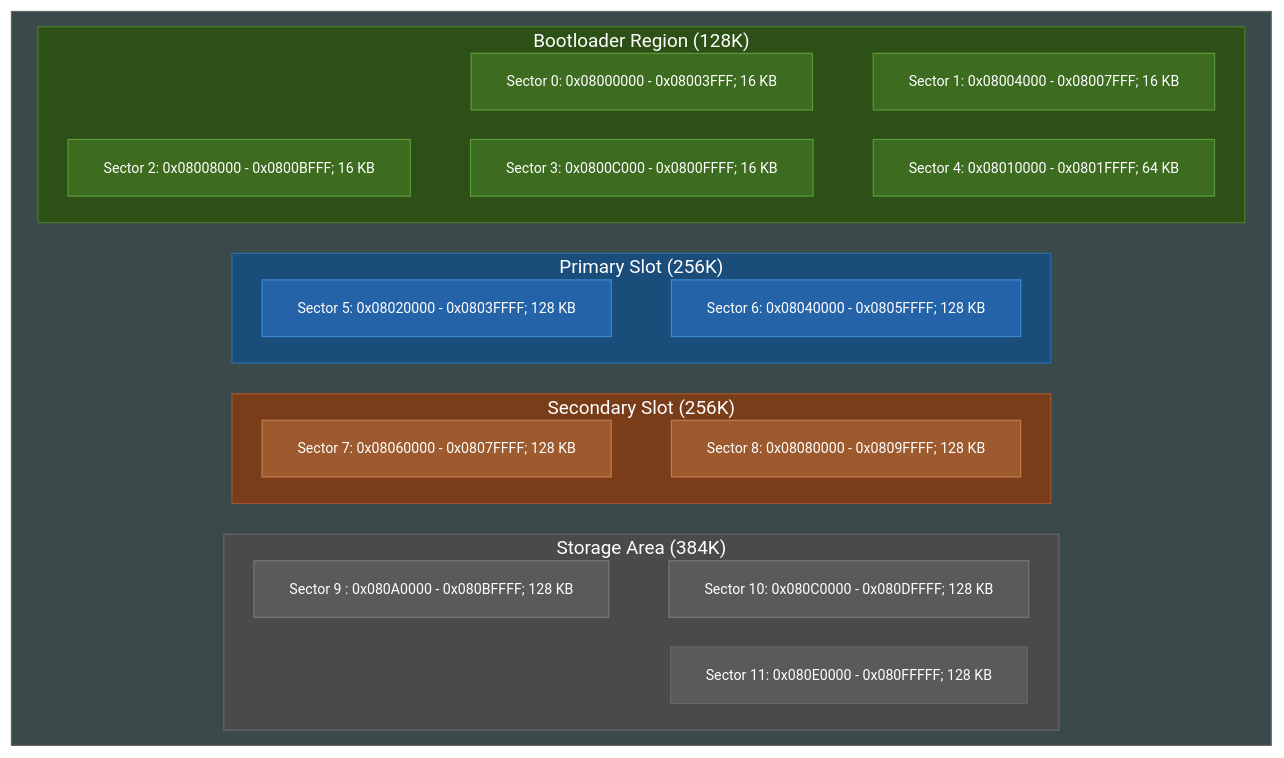
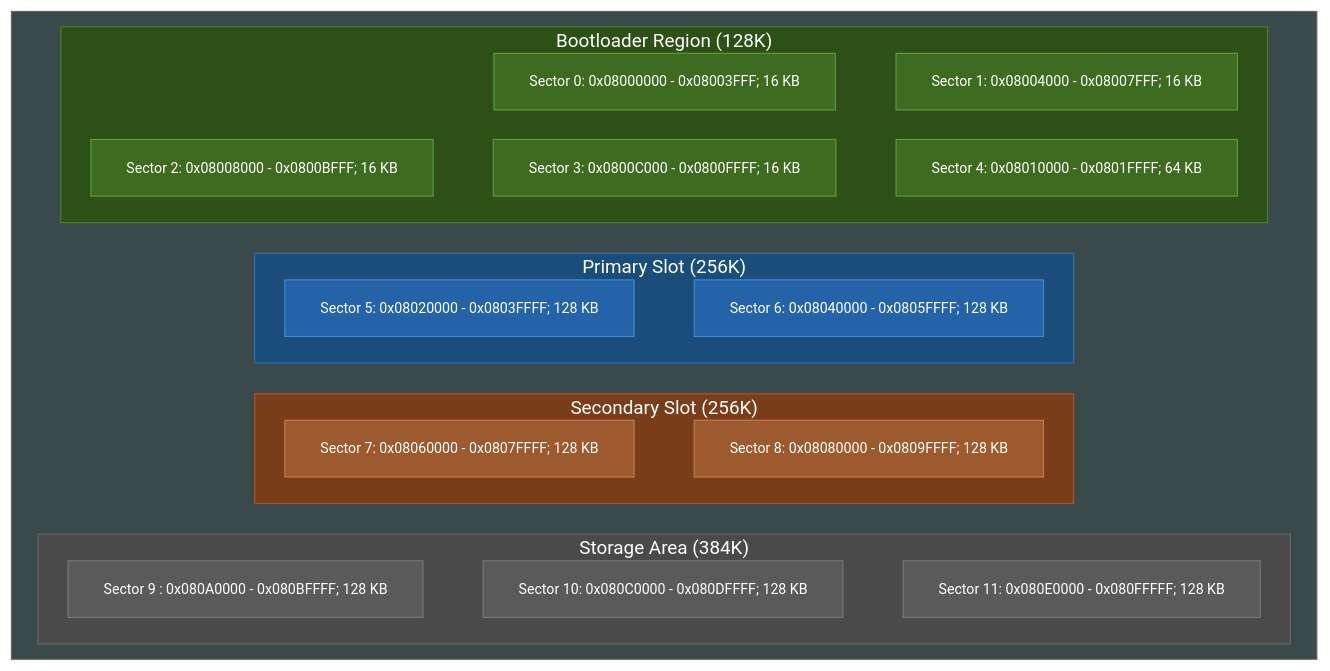
Before and after one commit to EvgeniyGA/wicked_boot: the diagram in README.md, drawn with Mermaid (forest theme).

````diff
--- a/README.md
+++ b/README.md
@@ -17,60 +17,61 @@
 ```mermaid
 flowchart TB
 
     %%{init: {'flowchart': {'nodeSpacing': 25, 'rankSpacing': 1,'useMaxWidth': false}}}%%
     subgraph STM32F407[" "]
         direction TB
         
         subgraph BOOT["Bootloader Region (128K)"]
             B1["<nobr>Sector 0: 0x08000000 - 0x08003FFF; 16 KB</nobr>"]
             B2["<nobr>Sector 1: 0x08004000 - 0x08007FFF; 16 KB</nobr>"]
             B3["<nobr>Sector 2: 0x08008000 - 0x0800BFFF; 16 KB</nobr>"]
             B4["<nobr>Sector 3: 0x0800C000 - 0x0800FFFF; 16 KB</nobr>"]
             B5["<nobr>Sector 4: 0x08010000 - 0x0801FFFF; 64 KB</nobr>"]
             B1 ~~~ B2
             B3 ~~~ B4
 			B4 ~~~ B5
         end
         
         subgraph PRIMARY["Primary Slot (256K)"]
 			P1["<nobr>Sector 5: 0x08020000 - 0x0803FFFF; 128 KB</nobr>"]
 			P2["<nobr>Sector 6: 0x08040000 - 0x0805FFFF; 128 KB</nobr>"]
 			P1 ~~~ P2
         end
         
         subgraph SECONDARY["Secondary Slot (256K)"]
 			S1["<nobr>Sector 7: 0x08060000 - 0x0807FFFF; 128 KB</nobr>"]
 			S2["<nobr>Sector 8: 0x08080000 - 0x0809FFFF; 128 KB</nobr>"]
 			S1 ~~~ S2
         end
         
         subgraph SCRATCH["Storage Area (384K)"]
             SC1["<nobr>Sector 9 : 0x080A0000 - 0x080BFFFF; 128 KB</nobr>"]
 			SC2["<nobr>Sector 10: 0x080C0000 - 0x080DFFFF; 128 KB</nobr>"]
 			SC3["<nobr>Sector 11: 0x080E0000 - 0x080FFFFF; 128 KB</nobr>"]
 			SC1 ~~~ SC2
+			SC2 ~~~ SC3
         end
 
         BOOT ~~~ PRIMARY
         PRIMARY ~~~ SECONDARY
         SECONDARY ~~~ SCRATCH
     end
 
     style STM32F407 fill:#3a4a4a,stroke:#666,stroke-width:1px,color:#fff
     style BOOT fill:#2d5016,stroke:#4a7c2c,stroke-width:1px,color:#fff
     style PRIMARY fill:#1a4d7a,stroke:#2e6da4,stroke-width:1px,color:#fff
     style SECONDARY fill:#7a3d1a,stroke:#a4562e,stroke-width:1px,color:#fff
     style SCRATCH fill:#4a4a4a,stroke:#666,stroke-width:1px,color:#fff
     style B1 fill:#3d6b1f,stroke:#5a9c3c,stroke-width:1px,color:#fff,font-size:12px
     style B2 fill:#3d6b1f,stroke:#5a9c3c,stroke-width:1px,color:#fff,font-size:12px
     style B3 fill:#3d6b1f,stroke:#5a9c3c,stroke-width:1px,color:#fff,font-size:12px
     style B4 fill:#3d6b1f,stroke:#5a9c3c,stroke-width:1px,color:#fff,font-size:12px
     style B5 fill:#3d6b1f,stroke:#5a9c3c,stroke-width:1px,color:#fff,font-size:12px
     style P1 fill:#2563a8,stroke:#3d8ad4,stroke-width:1px,color:#fff,font-size:12px
     style P2 fill:#2563a8,stroke:#3d8ad4,stroke-width:1px,color:#fff,font-size:12px
     style S1 fill:#9c5a2e,stroke:#c47a4a,stroke-width:1px,color:#fff,font-size:12px
     style S2 fill:#9c5a2e,stroke:#c47a4a,stroke-width:1px,color:#fff,font-size:12px
     style SC1 fill:#5a5a5a,stroke:#777,stroke-width:1px,color:#fff,font-size:12px
     style SC2 fill:#5a5a5a,stroke:#777,stroke-width:1px,color:#fff,font-size:12px
-    style SC3 fill:#5a5a5a,stroke:#777,stroke-width:0.5px,color:#fff,font-size:12px
+    style SC3 fill:#5a5a5a,stroke:#777,stroke-width:1px,color:#fff,font-size:12px
 ```
````
